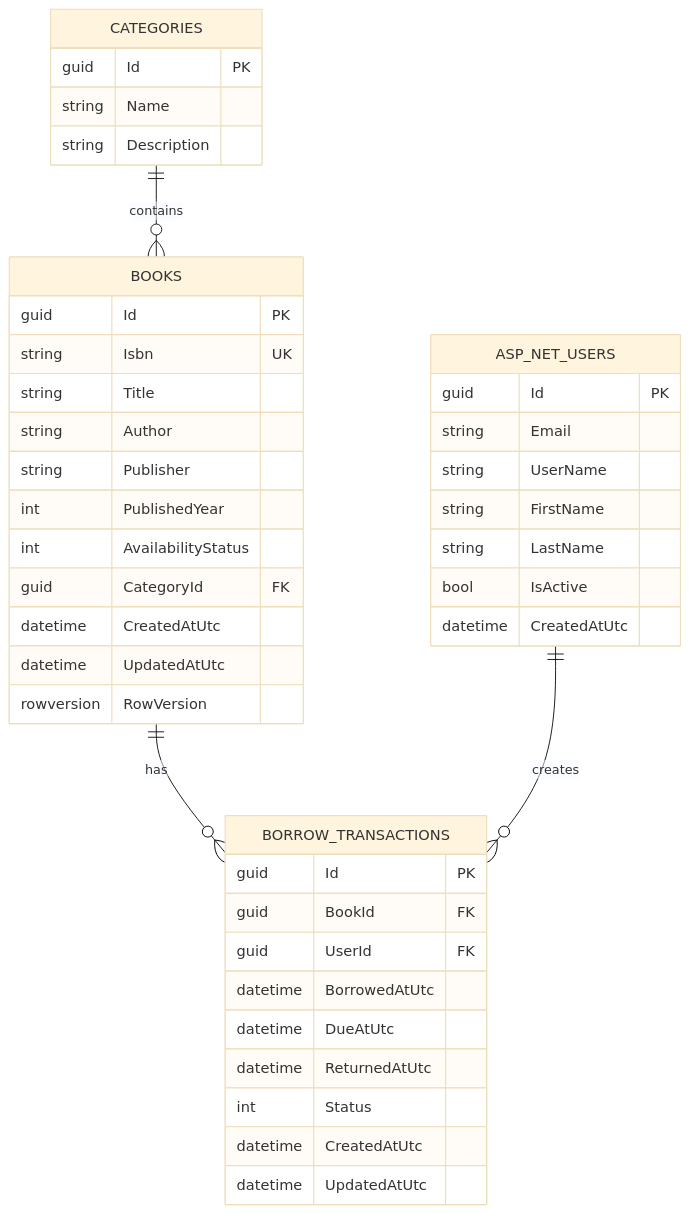
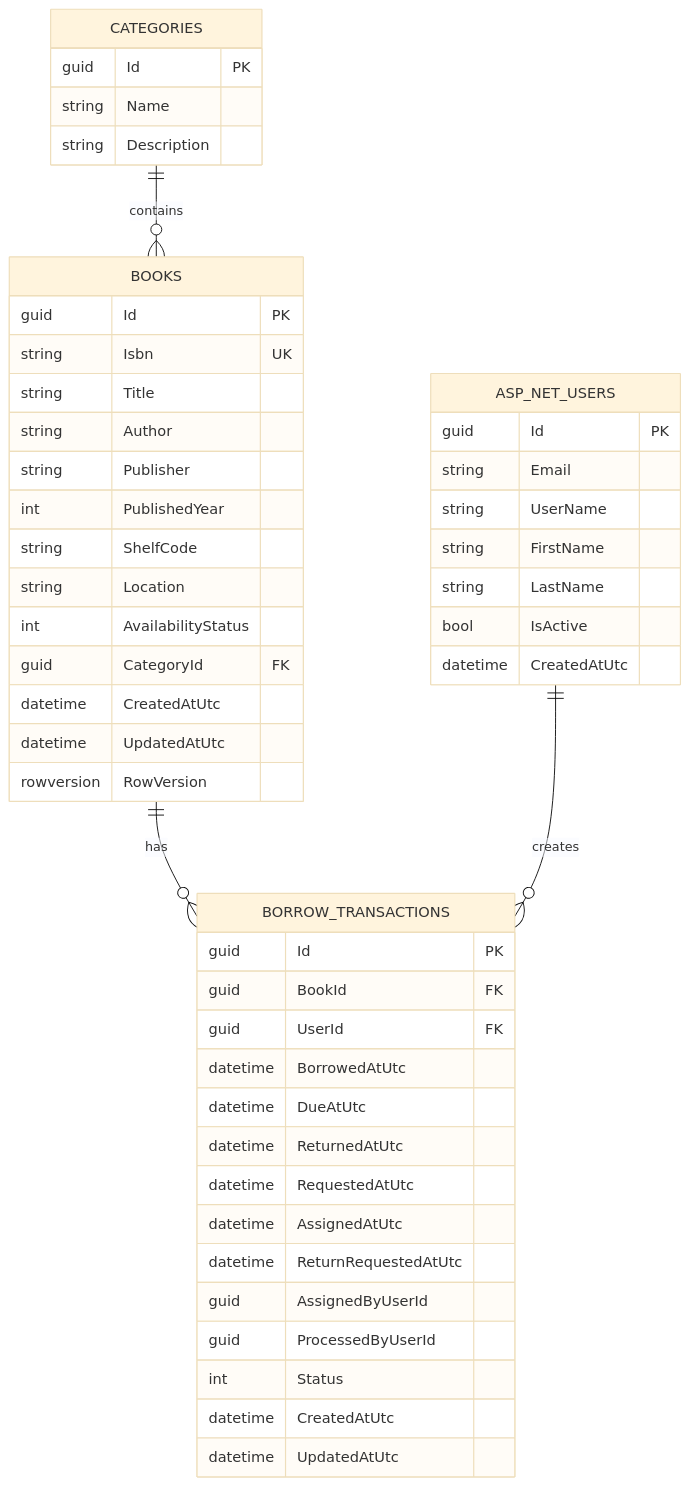
One commit to pun-pannapan/LibraryManagementSystem changed the second of 2 diagrams in README.md. Above: the diagram before and after it, drawn with Mermaid (base theme). The commit also changed other lines of this file and 63 other files, not shown here.

````diff
--- a/README.md
+++ b/README.md
@@ -397,48 +465,55 @@
 ```mermaid
 erDiagram
     CATEGORIES ||--o{ BOOKS : contains
     BOOKS ||--o{ BORROW_TRANSACTIONS : has
     ASP_NET_USERS ||--o{ BORROW_TRANSACTIONS : creates
 
     CATEGORIES {
         guid Id PK
         string Name
         string Description
     }
 
     BOOKS {
         guid Id PK
         string Isbn UK
         string Title
         string Author
         string Publisher
         int PublishedYear
+        string ShelfCode
+        string Location
         int AvailabilityStatus
         guid CategoryId FK
         datetime CreatedAtUtc
         datetime UpdatedAtUtc
         rowversion RowVersion
     }
 
     BORROW_TRANSACTIONS {
         guid Id PK
         guid BookId FK
         guid UserId FK
         datetime BorrowedAtUtc
         datetime DueAtUtc
         datetime ReturnedAtUtc
+        datetime RequestedAtUtc
+        datetime AssignedAtUtc
+        datetime ReturnRequestedAtUtc
+        guid AssignedByUserId
+        guid ProcessedByUserId
         int Status
         datetime CreatedAtUtc
         datetime UpdatedAtUtc
     }
 
     ASP_NET_USERS {
         guid Id PK
         string Email
         string UserName
         string FirstName
         string LastName
         bool IsActive
         datetime CreatedAtUtc
     }
 ```
````
